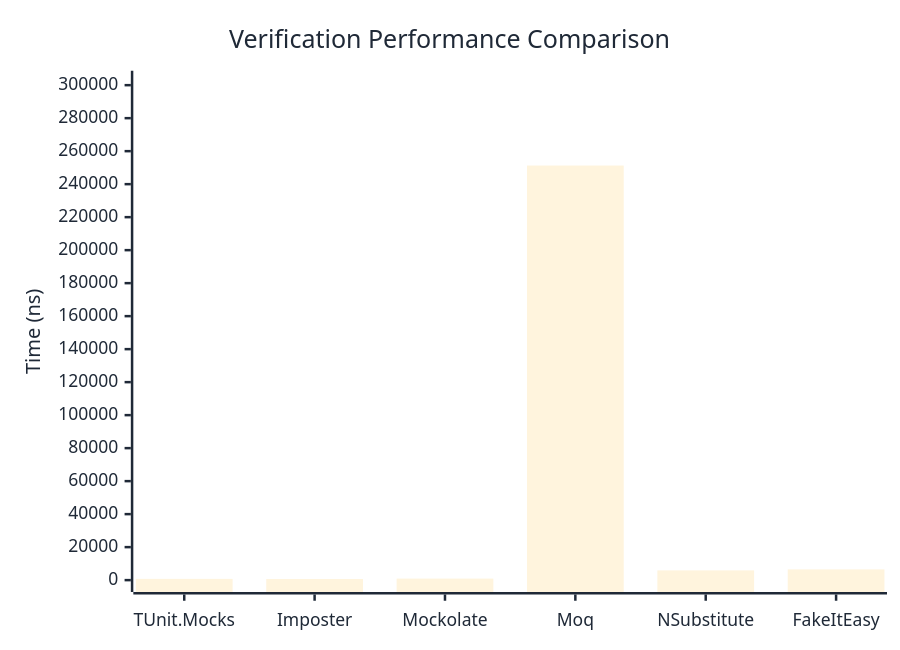
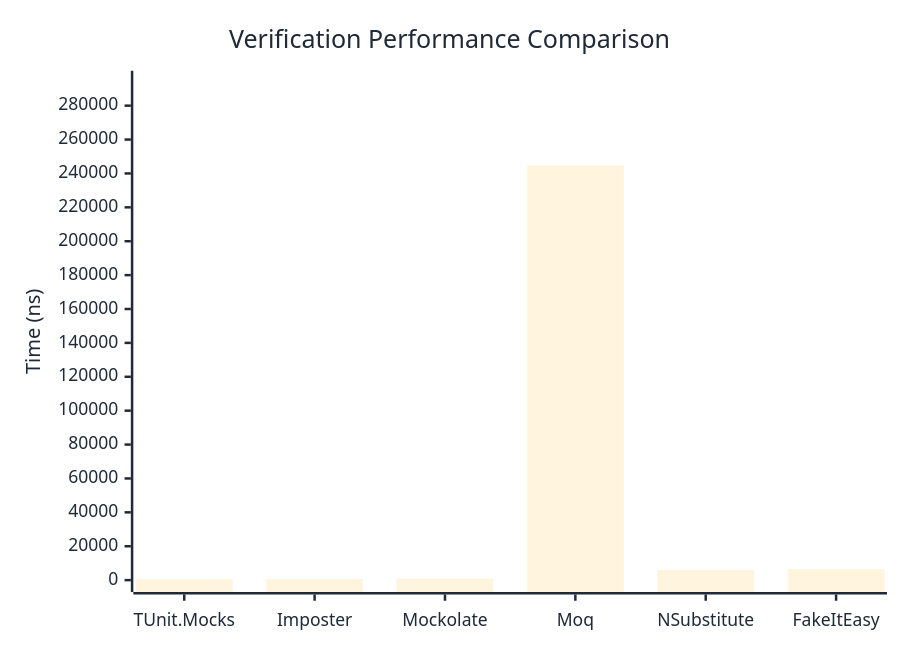
The first of 3 diagrams in docs/docs/benchmarks/mocks/Verification.md (thomhurst/TUnit), drawn with Mermaid before and after one commit. The commit also changed other lines of this file and 14 other files, not shown here.

````diff
--- a/docs/docs/benchmarks/mocks/Verification.md
+++ b/docs/docs/benchmarks/mocks/Verification.md
@@ -28,27 +28,27 @@
 ```mermaid
 %%{init: {
   'theme':'base',
   'themeVariables': {
     'primaryColor': '#2563eb',
     'primaryTextColor': '#1f2937',
     'primaryBorderColor': '#1e40af',
     'lineColor': '#6b7280',
     'secondaryColor': '#7c3aed',
     'tertiaryColor': '#dc2626',
     'background': '#ffffff',
     'pie1': '#2563eb',
     'pie2': '#7c3aed',
     'pie3': '#dc2626',
     'pie4': '#f59e0b',
     'pie5': '#10b981',
     'pie6': '#06b6d4',
     'pie7': '#ec4899',
     'pie8': '#6366f1'
   }
 }}%%
 xychart-beta
   title "Verification Performance Comparison"
   x-axis ["TUnit.Mocks", "Imposter", "Mockolate", "Moq", "NSubstitute", "FakeItEasy"]
-  y-axis "Time (ns)" 0 --> 301539
-  bar [756.07, 688.82, 929.28, 251281.81, 5893.75, 6507.83]
+  y-axis "Time (ns)" 0 --> 293596
+  bar [777.76, 690.29, 914.38, 244662.85, 5935.51, 6426.41]
 ```
````
